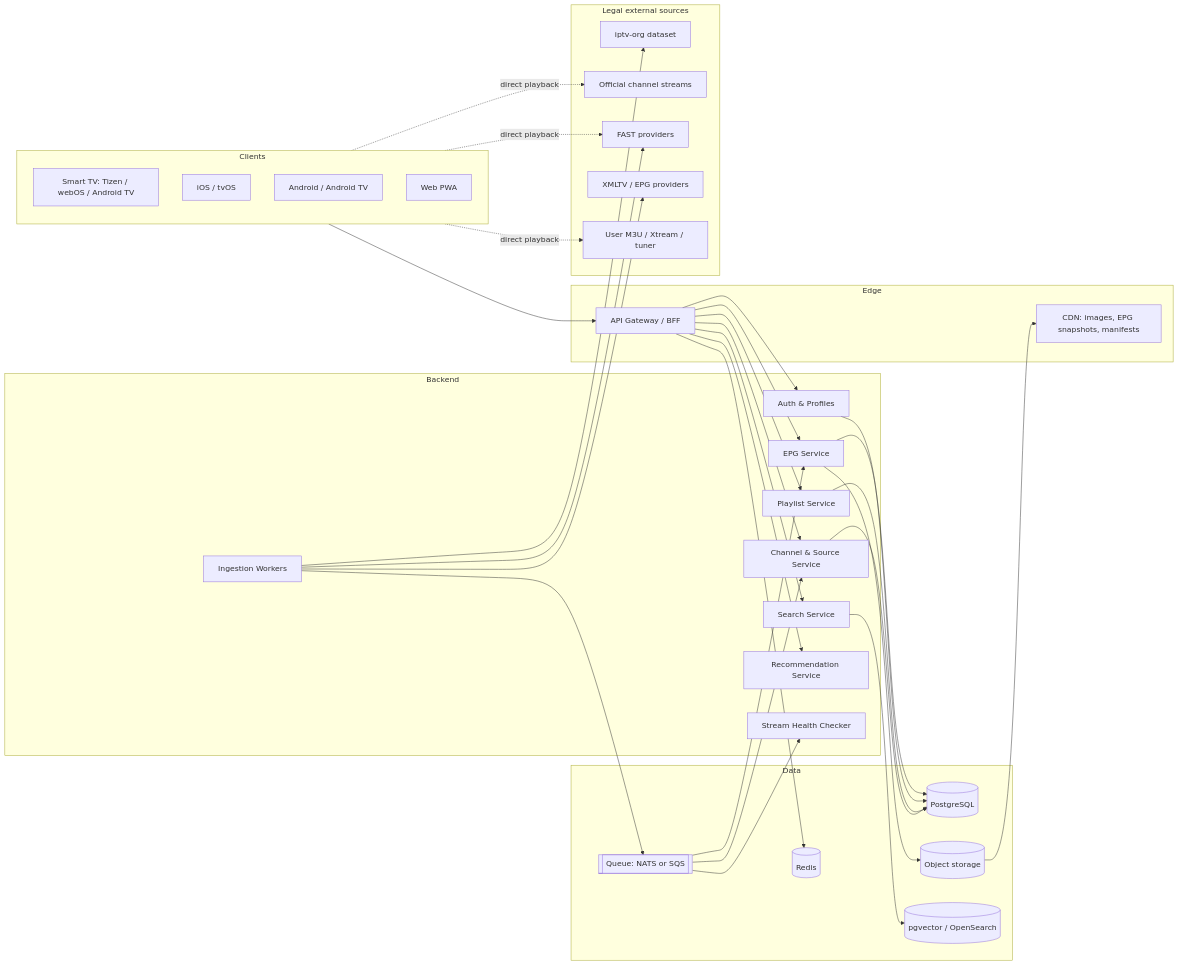
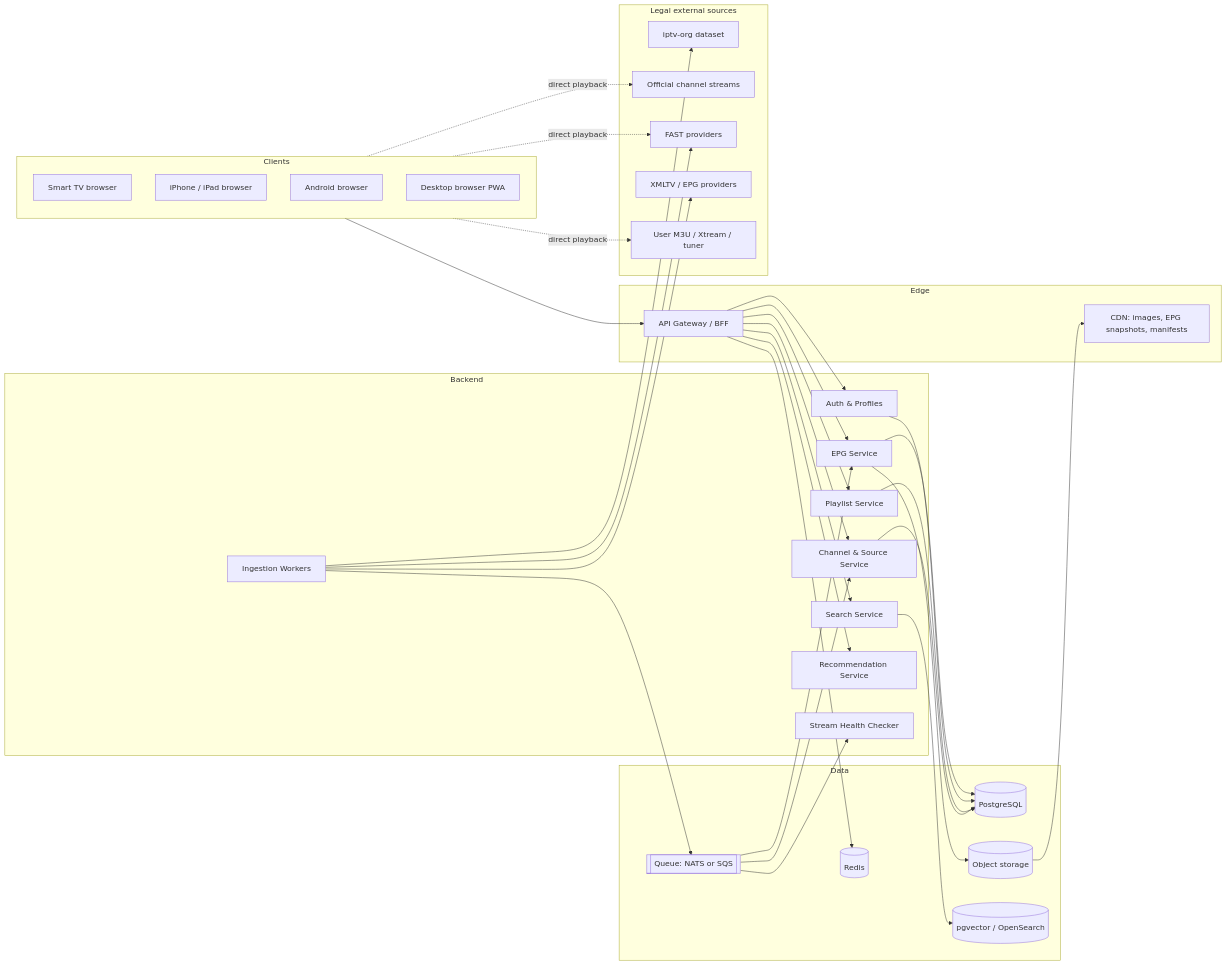
One commit to Elsa1172014/Elsayed-Youssef changed the first of 2 diagrams in docs/ARCHITECTURE.md. Above: the diagram before and after it, drawn with Mermaid. The commit also changed other lines of this file and 30 other files, not shown here.

First line of the commit message:
feat(deploy): one-command Docker Compose deployment, Arabic guide, web-only distribution (store track cancelled), catalog UI and PWA manifest

````diff
--- a/docs/ARCHITECTURE.md
+++ b/docs/ARCHITECTURE.md
@@ -41,45 +41,45 @@
 ```mermaid
 flowchart LR
   subgraph Clients
-    TV[Smart TV: Tizen / webOS / Android TV]
-    IOS[iOS / tvOS]
-    AND[Android / Android TV]
-    WEB[Web PWA]
+    TV[Smart TV browser]
+    IOS[iPhone / iPad browser]
+    AND[Android browser]
+    WEB[Desktop browser PWA]
   end
   subgraph Edge
     GW[API Gateway / BFF]
     CDN[CDN: images, EPG snapshots, manifests]
   end
   subgraph Backend
     AUTH[Auth & Profiles]
     CH[Channel & Source Service]
     PL[Playlist Service]
     EPG[EPG Service]
     SRCH[Search Service]
     REC[Recommendation Service]
     ING[Ingestion Workers]
     HC[Stream Health Checker]
   end
   subgraph Data
     PG[(PostgreSQL)]
     RD[(Redis)]
     OS[(Object storage)]
     VDB[(pgvector / OpenSearch)]
     Q[[Queue: NATS or SQS]]
   end
   subgraph External[Legal external sources]
     IPTV[iptv-org dataset]
     OFF[Official channel streams]
     FAST[FAST providers]
     XMLTV[XMLTV / EPG providers]
     USR[User M3U / Xtream / tuner]
   end
   Clients --> GW --> AUTH & CH & PL & EPG & SRCH & REC
   Clients -. direct playback .-> OFF & FAST & USR
   ING --> IPTV & XMLTV & FAST
   ING --> Q --> CH & EPG & HC
   CH & PL & AUTH & EPG --> PG
   SRCH --> VDB
   GW --> RD
   EPG --> OS --> CDN
 ```
````
